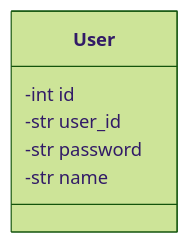
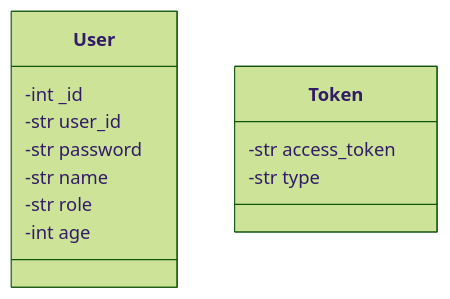
One commit to jungmir/msa_template changed the fourth of 4 diagrams in Docs/structure.md. Above: the diagram before and after it, drawn with Mermaid (forest theme). The commit also changed other lines of this file, not shown here.

Commit message:
Update Data Structure document

````diff
--- a/Docs/structure.md
+++ b/Docs/structure.md
@@ -61,9 +59,15 @@
 ```mermaid
 classDiagram
     class User {
-        -int id
+        -int _id
         -str user_id
         -str password
         -str name
+        -str role
+        -int age
+    }
+    class Token {
+        -str access_token
+        -str type
     }
 ```
````
